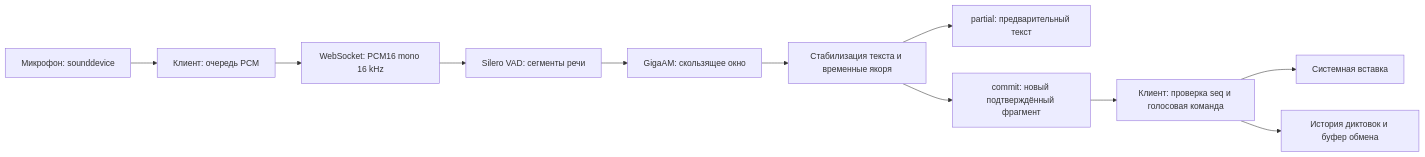
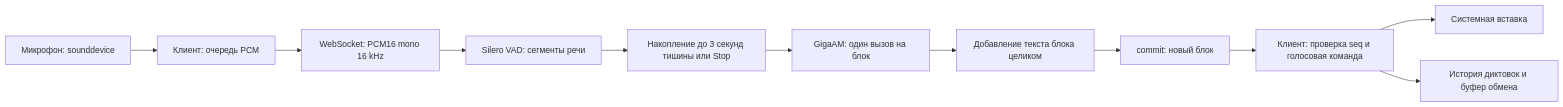
One commit to dvpost/talk2g changed the diagram in ARCHITECTURE.md. Above: the diagram before and after it, drawn with Mermaid. The commit also changed other lines of this file and 24 other files, not shown here.

````diff
--- a/ARCHITECTURE.md
+++ b/ARCHITECTURE.md
@@ -9,13 +9,13 @@
 ```mermaid
 flowchart LR
     Mic[Микрофон: sounddevice] --> Capture[Клиент: очередь PCM]
     Capture --> Socket[WebSocket: PCM16 mono 16 kHz]
     Socket --> VAD[Silero VAD: сегменты речи]
-    VAD --> Model[GigaAM: скользящее окно]
-    Model --> Transcript[Стабилизация текста и временные якоря]
-    Transcript --> Partial[partial: предварительный текст]
-    Transcript --> Commit[commit: новый подтверждённый фрагмент]
+    VAD --> Pause[Накопление до 3 секунд тишины или Stop]
+    Pause --> Model[GigaAM: один вызов на блок]
+    Model --> Transcript[Добавление текста блока целиком]
+    Transcript --> Commit[commit: новый блок]
     Commit --> Client[Клиент: проверка seq и голосовая команда]
     Client --> Input[Системная вставка]
     Client --> History[История диктовок и буфер обмена]
 ```
````
